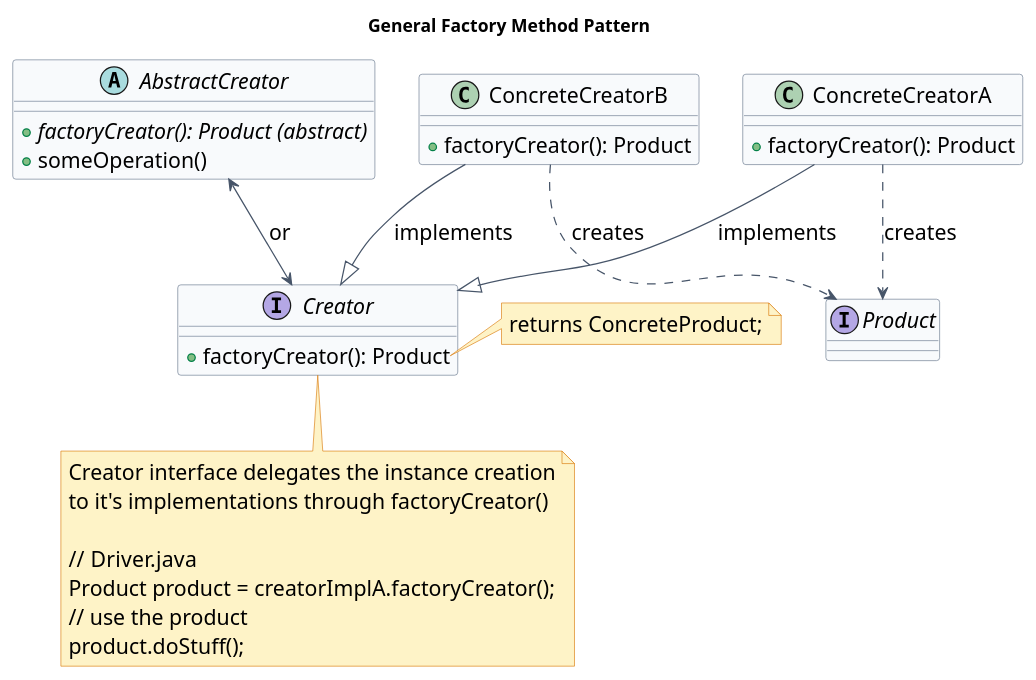
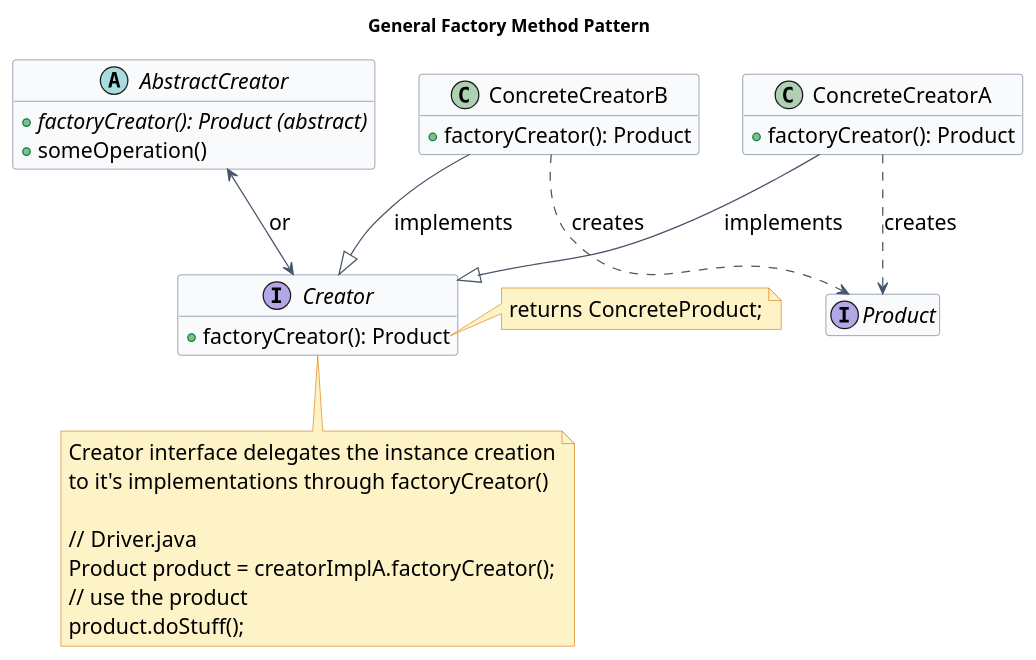
One commit to VivekGupta137/vgblog changed the first of 4 diagrams in src/content/docs/low-level-design/patterns/creational-patterns.md. Above: the diagram before and after it, drawn with PlantUML. The commit also changed other lines of this file and 7 other files, not shown here.

````diff
--- a/src/content/docs/low-level-design/patterns/creational-patterns.md
+++ b/src/content/docs/low-level-design/patterns/creational-patterns.md
@@ -24,62 +24,63 @@
 ```plantuml
 @startuml
 title General Factory Method Pattern
+hide empty members
 
 skinparam backgroundColor #ffffff
 skinparam Shadowing false
 skinparam DefaultFontName Arial
 skinparam DefaultFontSize 17
 skinparam ArrowColor #475569
 skinparam rectangleBorderColor #64748b
 skinparam rectangleBackgroundColor #f8fafc
 skinparam classBackgroundColor #f8fafc
 skinparam classBorderColor #64748b
 skinparam interfaceBackgroundColor #ecfdf5
 skinparam interfaceBorderColor #10b981
 skinparam noteBackgroundColor #fef3c7
 skinparam noteBorderColor #d97706
 
 interface Creator {
   + factoryCreator(): Product
 }
 
 abstract AbstractCreator {
   + {abstract} factoryCreator(): Product (abstract)
   + someOperation()
 }
 
 interface Product {
 
 }
 
 note right of Creator::factoryCreator
   returns ConcreteProduct;
 end note
 
 note bottom of Creator
   Creator interface delegates the instance creation
   to it's implementations through factoryCreator()
 
   // Driver.java
   Product product = creatorImplA.factoryCreator();
   // use the product
   product.doStuff();
 end note
 
 class ConcreteCreatorA {
   + factoryCreator(): Product
 }
 
 class ConcreteCreatorB {
   + factoryCreator(): Product
 }
 
 ConcreteCreatorA ..> Product : creates 
 ConcreteCreatorB ..> Product : creates
 
 AbstractCreator <--> Creator : or
 
 ConcreteCreatorA --|> Creator : implements
 ConcreteCreatorB --|> Creator : implements
 @enduml
 ```
````
